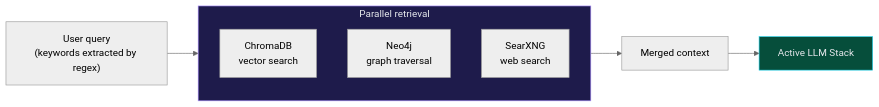
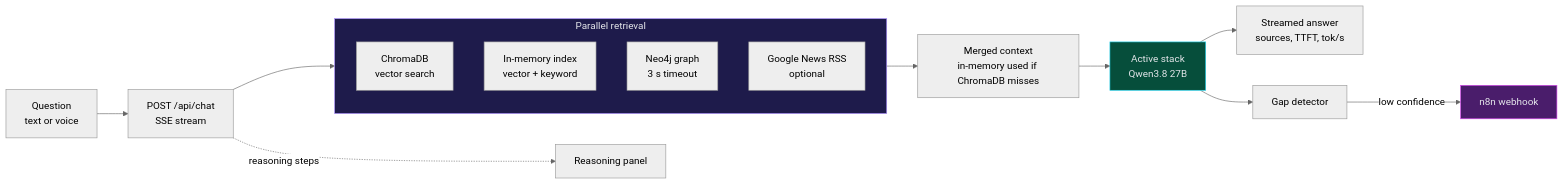
Before and after one commit to sebdallais-git/PharmaCyberLLM: the second of 3 diagrams in README.md, drawn with Mermaid (neutral theme). The commit also changed other lines of this file, not shown here.

Commit message:
docs: revamp README with stack switch, benchmarks and architecture

````diff
--- a/README.md
+++ b/README.md
@@ -465,17 +234,24 @@
 ```mermaid
 flowchart LR
-    Q["User query\n(keywords extracted by regex)"] --> PARALLEL
+    U["Question<br/>text or voice"] --> API["POST /api/chat<br/>SSE stream"]
 
-    subgraph PARALLEL["Parallel retrieval"]
+    subgraph R["Parallel retrieval"]
         direction TB
-        VS["ChromaDB\nvector search"]
-        GQ["Neo4j\ngraph traversal"]
-        WS["SearXNG\nweb search"]
+        C["ChromaDB<br/>vector search"]
+        M["In-memory index<br/>vector + keyword"]
+        G["Neo4j graph<br/>3 s timeout"]
+        W["Google News RSS<br/>optional"]
     end
 
-    PARALLEL --> MERGE["Merged context"]
-    MERGE --> LLM["Active LLM Stack"]
+    API --> R
+    R --> CTX["Merged context<br/>in-memory used if ChromaDB misses"]
+    CTX --> LLM["Active stack<br/>Qwen3.8 27B"]
+    LLM --> OUT["Streamed answer<br/>sources, TTFT, tok/s"]
+    LLM --> GAP["Gap detector"]
+    GAP -- "low confidence" --> N8N["n8n webhook"]
+    API -. "reasoning steps" .-> UI["Reasoning panel"]
 
-    style PARALLEL fill:#1e1b4b,stroke:#a78bfa,color:#e5e7eb
+    style R fill:#1e1b4b,stroke:#a78bfa,color:#e5e7eb
     style LLM fill:#064e3b,stroke:#22d3ee,color:#e5e7eb
+    style N8N fill:#4a1d6b,stroke:#d946ef,color:#e5e7eb
 ```
````
